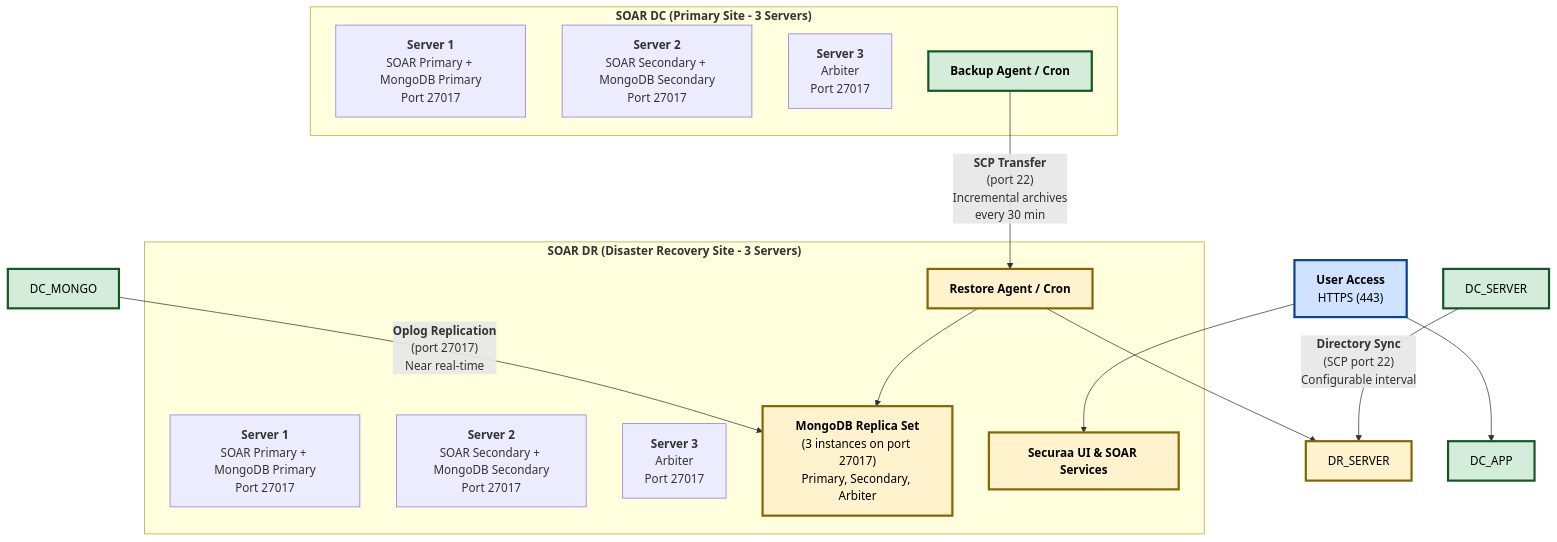
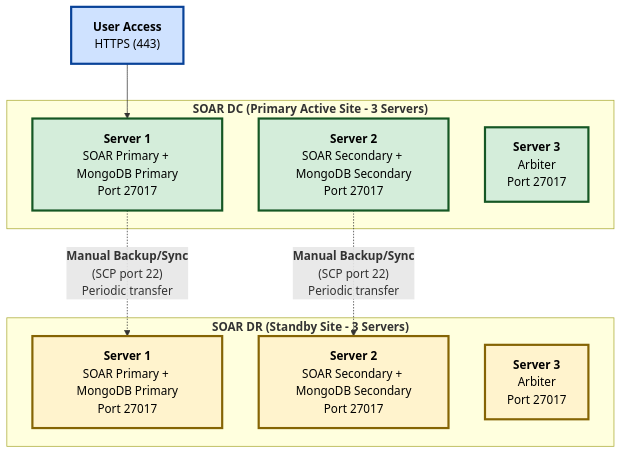
One commit to Vishwa0220/customers-docs changed the first of 11 diagrams in HA_DR_Architecture_Documentation_dt.md. Above: the diagram before and after it, drawn with Mermaid. The commit also changed other lines of this file, not shown here.

````diff
--- a/HA_DR_Architecture_Documentation_dt.md
+++ b/HA_DR_Architecture_Documentation_dt.md
@@ -30,41 +36,31 @@
 ```mermaid
 graph TB
-    subgraph DC["<b>SOAR DC (Primary Site - 3 Servers)</b>"]
+    subgraph DC["<b>SOAR DC (Primary Active Site - 3 Servers)</b>"]
         DC_SRV1["<b>Server 1</b><br/>SOAR Primary + MongoDB Primary<br/>Port 27017"]
         DC_SRV2["<b>Server 2</b><br/>SOAR Secondary + MongoDB Secondary<br/>Port 27017"]
         DC_SRV3["<b>Server 3</b><br/>Arbiter<br/>Port 27017"]
-        DC_BACKUP["<b>Backup Agent / Cron</b>"]
     end
 
-    subgraph DR["<b>SOAR DR (Disaster Recovery Site - 3 Servers)</b>"]
+    subgraph DR["<b>SOAR DR (Standby Site - 3 Servers)</b>"]
         DR_SRV1["<b>Server 1</b><br/>SOAR Primary + MongoDB Primary<br/>Port 27017"]
         DR_SRV2["<b>Server 2</b><br/>SOAR Secondary + MongoDB Secondary<br/>Port 27017"]
         DR_SRV3["<b>Server 3</b><br/>Arbiter<br/>Port 27017"]
-        DR_MONGO["<b>MongoDB Replica Set</b><br/>(3 instances on port 27017)<br/>Primary, Secondary, Arbiter"]
-        DR_APP["<b>Securaa UI & SOAR Services</b>"]
-        DR_RESTORE["<b>Restore Agent / Cron</b>"]
     end
 
     UserAccess["<b>User Access</b><br/>HTTPS (443)"]
 
-    %% Backup & Restore path
-    DC_BACKUP -->|"<b>SCP Transfer</b><br/>(port 22)<br/>Incremental archives<br/>every 30 min"| DR_RESTORE
-    DR_RESTORE --> DR_MONGO
-    DR_RESTORE --> DR_SERVER
+    %% Manual data sync paths (no automatic agents)
+    DC_SRV1 -.->|"<b>Manual Backup/Sync</b><br/>(SCP port 22)<br/>Periodic transfer"| DR_SRV1
+    DC_SRV2 -.->|"<b>Manual Backup/Sync</b><br/>(SCP port 22)<br/>Periodic transfer"| DR_SRV2
 
-    %% Hot Sync path
-    DC_MONGO -->|"<b>Oplog Replication</b><br/>(port 27017)<br/>Near real-time"| DR_MONGO
-    DC_SERVER -->|"<b>Directory Sync</b><br/>(SCP port 22)<br/>Configurable interval"| DR_SERVER
-
-    %% Access
-    UserAccess --> DC_APP
-    UserAccess --> DR_APP
+    %% Access (only to active DC site)
+    UserAccess --> DC_SRV1
 
     classDef dcStyle fill:#d4edda,stroke:#155724,stroke-width:3px,color:#000
     classDef drStyle fill:#fff3cd,stroke:#856404,stroke-width:3px,color:#000
     classDef userStyle fill:#cfe2ff,stroke:#084298,stroke-width:3px,color:#000
     
-    class DC_SERVER,DC_MONGO,DC_APP,DC_BACKUP dcStyle
-    class DR_SERVER,DR_MONGO,DR_APP,DR_RESTORE drStyle
+    class DC_SRV1,DC_SRV2,DC_SRV3 dcStyle
+    class DR_SRV1,DR_SRV2,DR_SRV3 drStyle
     class UserAccess userStyle
 ```
````
